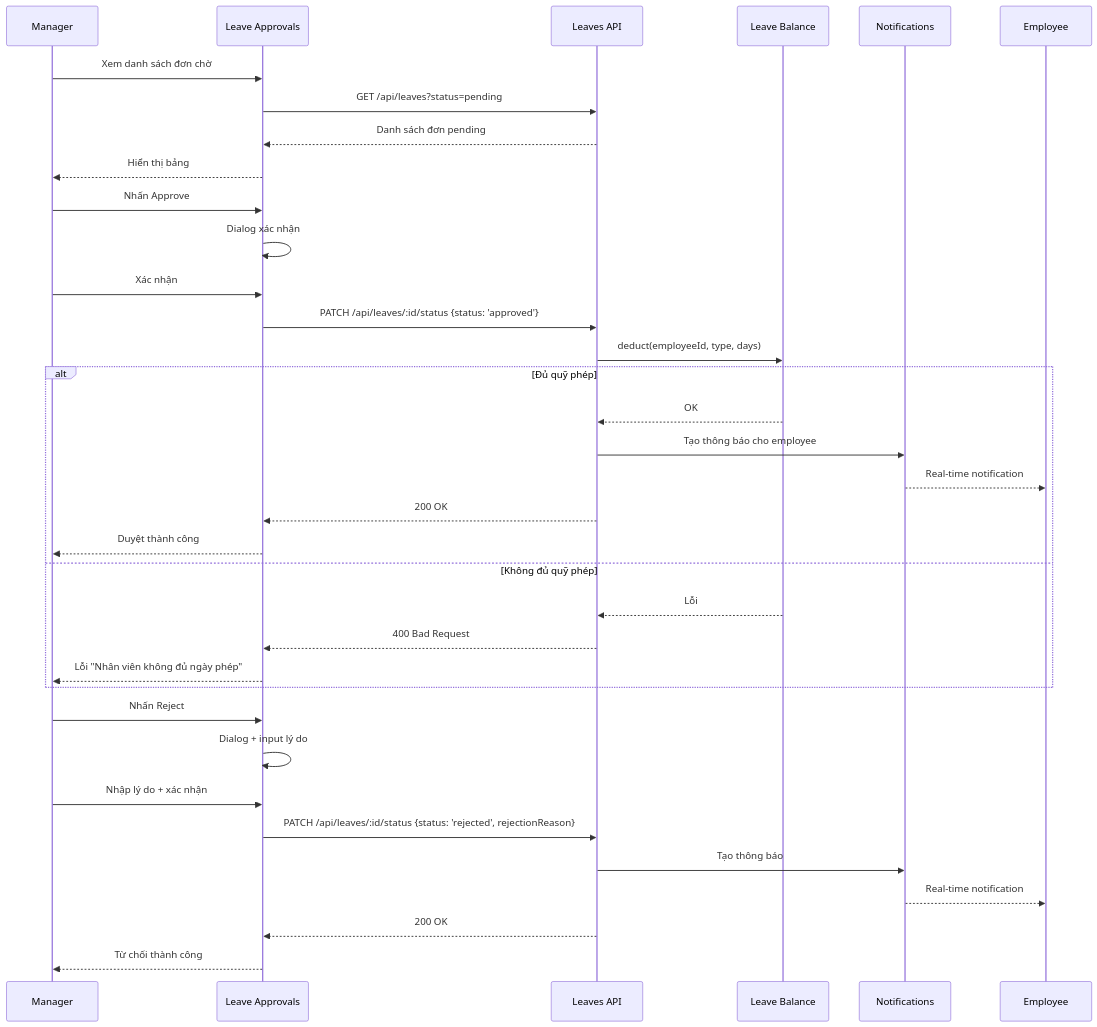
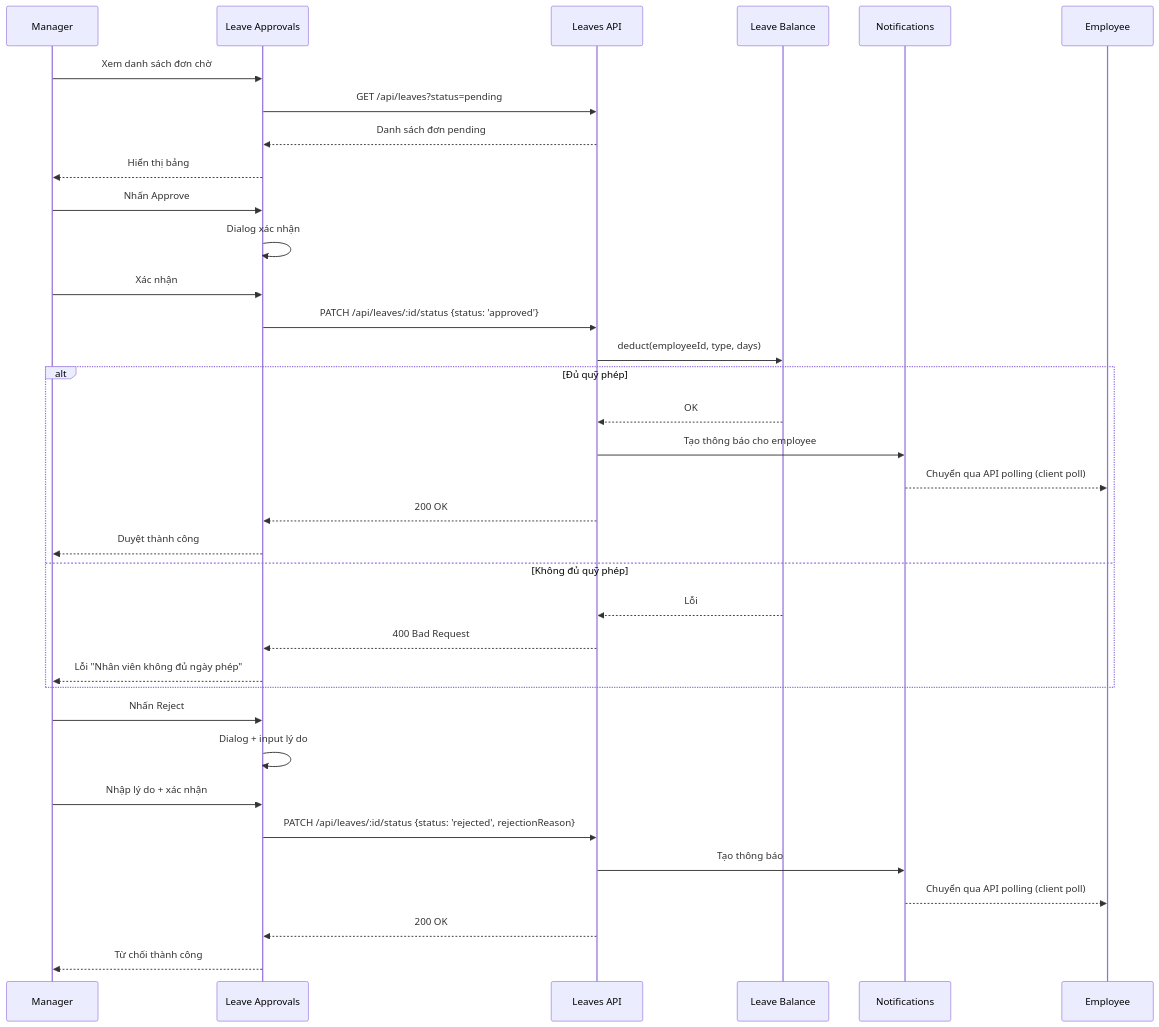
One commit to nghiaxh/hr-management changed the eighth of 10 diagrams in docs/UC.md. Above: the diagram before and after it, drawn with Mermaid. The commit also changed other lines of this file and 8 other files, not shown here.

````diff
--- a/docs/UC.md
+++ b/docs/UC.md
@@ -459,40 +460,40 @@
 ```mermaid
 sequenceDiagram
     participant M as Manager
     participant UI as Leave Approvals
     participant API as Leaves API
     participant LB as Leave Balance
     participant NOT as Notifications
     participant E as Employee
 
     M->>UI: Xem danh sách đơn chờ
     UI->>API: GET /api/leaves?status=pending
     API-->>UI: Danh sách đơn pending
     UI-->>M: Hiển thị bảng
 
     M->>UI: Nhấn Approve
     UI->>UI: Dialog xác nhận
     M->>UI: Xác nhận
     UI->>API: PATCH /api/leaves/:id/status {status: 'approved'}
     API->>LB: deduct(employeeId, type, days)
     alt Đủ quỹ phép
         LB-->>API: OK
         API->>NOT: Tạo thông báo cho employee
-        NOT-->>E: Real-time notification
+        NOT-->>E: Chuyển qua API polling (client poll)
         API-->>UI: 200 OK
         UI-->>M: Duyệt thành công
     else Không đủ quỹ phép
         LB-->>API: Lỗi
         API-->>UI: 400 Bad Request
         UI-->>M: Lỗi "Nhân viên không đủ ngày phép"
     end
 
     M->>UI: Nhấn Reject
     UI->>UI: Dialog + input lý do
     M->>UI: Nhập lý do + xác nhận
     UI->>API: PATCH /api/leaves/:id/status {status: 'rejected', rejectionReason}
     API->>NOT: Tạo thông báo
-    NOT-->>E: Real-time notification
+    NOT-->>E: Chuyển qua API polling (client poll)
     API-->>UI: 200 OK
     UI-->>M: Từ chối thành công
 ```
````
